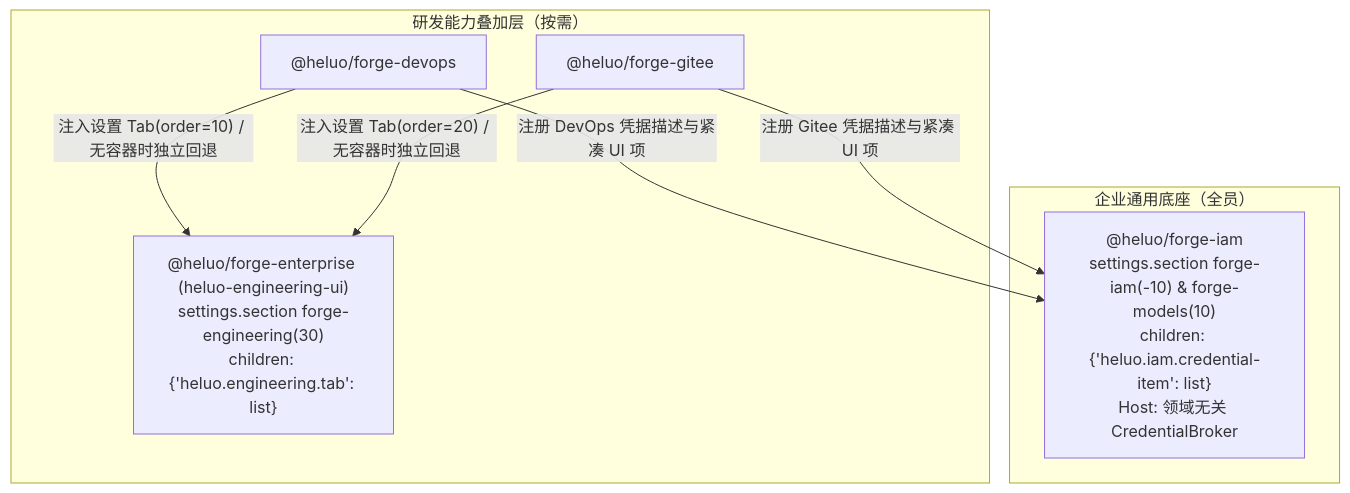
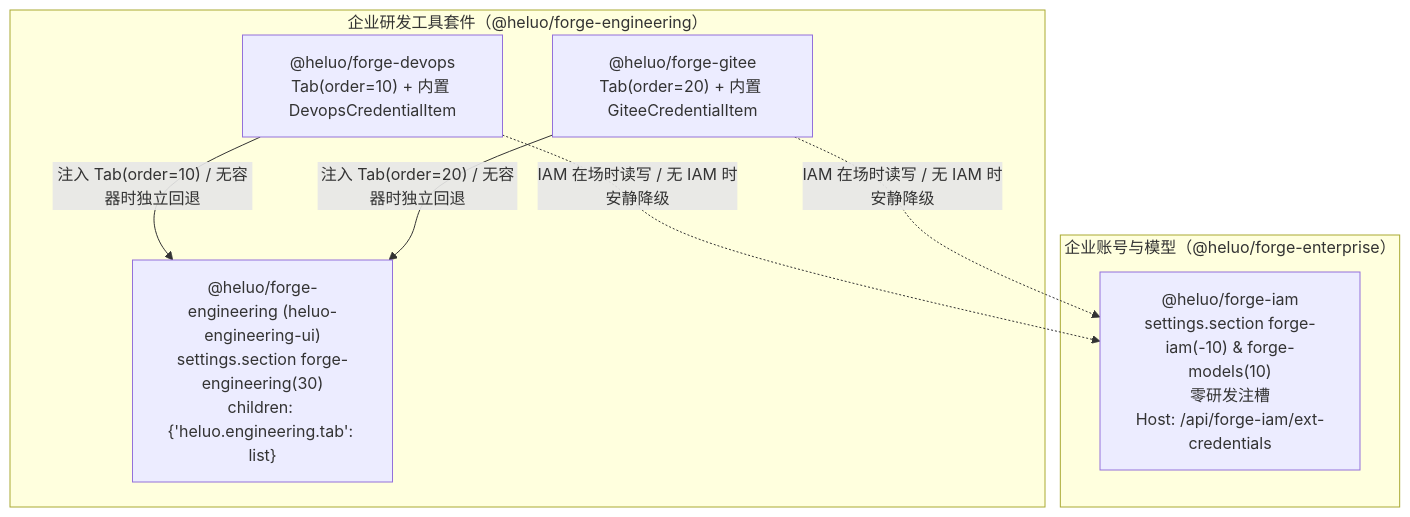
Before and after one commit to hrygo/heluo-forge: the diagram in docs/design/enterprise-menu-and-token-unification.md, drawn with Mermaid. The commit also changed other lines of this file and 79 other files, not shown here.

First line of the commit message:
refactor(plugins): split forge-engineering from forge-enterprise and add plugin detail docs & icons

````diff
--- a/docs/design/enterprise-menu-and-token-unification.md
+++ b/docs/design/enterprise-menu-and-token-unification.md
@@ -74,15 +74,15 @@
 ```mermaid
 flowchart TB
-  subgraph "企业通用底座（全员）"
-    IAM["@heluo/forge-iam<br/>settings.section forge-iam(-10) & forge-models(10)<br/>children: {'heluo.iam.credential-item': list}<br/>Host: 领域无关 CredentialBroker"]
+  subgraph "企业账号与模型（@heluo/forge-enterprise）"
+    IAM["@heluo/forge-iam<br/>settings.section forge-iam(-10) & forge-models(10)<br/>零研发注槽<br/>Host: /api/forge-iam/ext-credentials"]
   end
-  subgraph "研发能力叠加层（按需）"
-    SHELL["@heluo/forge-enterprise (heluo-engineering-ui)<br/>settings.section forge-engineering(30)<br/>children: {'heluo.engineering.tab': list}"]
-    DEVOPS["@heluo/forge-devops"]
-    GITEE["@heluo/forge-gitee"]
+  subgraph "企业研发工具套件（@heluo/forge-engineering）"
+    SHELL["@heluo/forge-engineering (heluo-engineering-ui)<br/>settings.section forge-engineering(30)<br/>children: {'heluo.engineering.tab': list}"]
+    DEVOPS["@heluo/forge-devops<br/>Tab(order=10) + 内置 DevopsCredentialItem"]
+    GITEE["@heluo/forge-gitee<br/>Tab(order=20) + 内置 GiteeCredentialItem"]
   end
-  DEVOPS -->|"注入设置 Tab(order=10) / 无容器时独立回退"| SHELL
-  GITEE -->|"注入设置 Tab(order=20) / 无容器时独立回退"| SHELL
-  DEVOPS -->|"注册 DevOps 凭据描述与紧凑 UI 项"| IAM
-  GITEE -->|"注册 Gitee 凭据描述与紧凑 UI 项"| IAM
+  DEVOPS -->|"注入 Tab(order=10) / 无容器时独立回退"| SHELL
+  GITEE -->|"注入 Tab(order=20) / 无容器时独立回退"| SHELL
+  DEVOPS -.->|"IAM 在场时读写 / 无 IAM 时安静降级"| IAM
+  GITEE -.->|"IAM 在场时读写 / 无 IAM 时安静降级"| IAM
 ```
````
